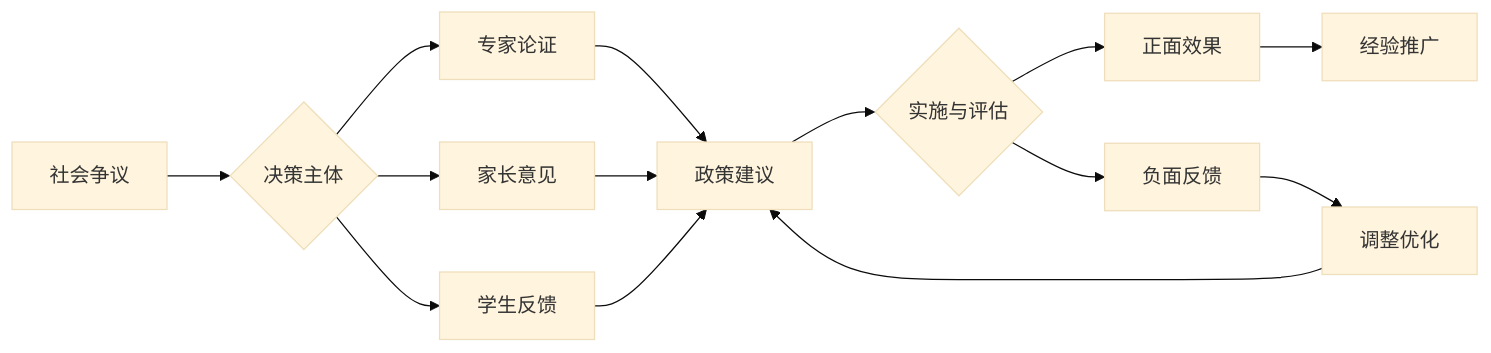
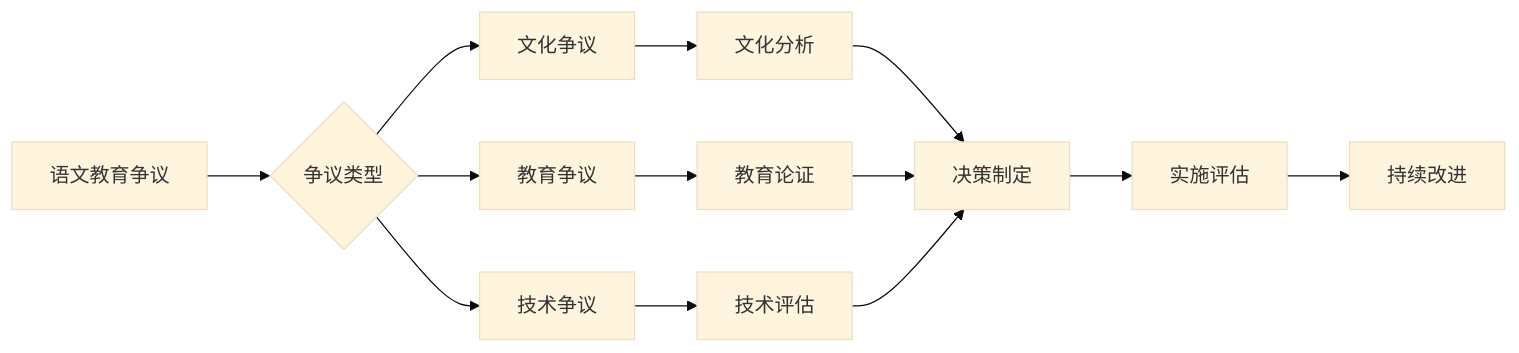
One commit to AdaMartin18010/SeniorEnducation changed diagram 13 of 14 in 02-核心学科理论/08-语文教育理论与实践/01-语文教育理论与实践.md. Above: the diagram before and after it, drawn with Mermaid (base theme). The commit also changed other lines of this file and 10 other files, not shown here.

````diff
--- a/02-核心学科理论/08-语文教育理论与实践/01-语文教育理论与实践.md
+++ b/02-核心学科理论/08-语文教育理论与实践/01-语文教育理论与实践.md
@@ -242,16 +539,18 @@
 ```mermaid
 graph LR
-    A[社会争议] --> B{决策主体}
-    B --> C[专家论证]
-    B --> D[家长意见]
-    B --> E[学生反馈]
-    C --> F[政策建议]
-    D --> F
-    E --> F
-    F --> G{实施与评估}
-    G --> H[正面效果]
-    G --> I[负面反馈]
-    I --> J[调整优化]
-    H --> K[经验推广]
-    J --> F
+    A[语文教育争议] --> B{争议类型}
+    B --> C[文化争议]
+    B --> D[教育争议]
+    B --> E[技术争议]
+    
+    C --> F[文化分析]
+    D --> G[教育论证]
+    E --> H[技术评估]
+    
+    F --> I[决策制定]
+    G --> I
+    H --> I
+    
+    I --> J[实施评估]
+    J --> K[持续改进]
 ```
````
